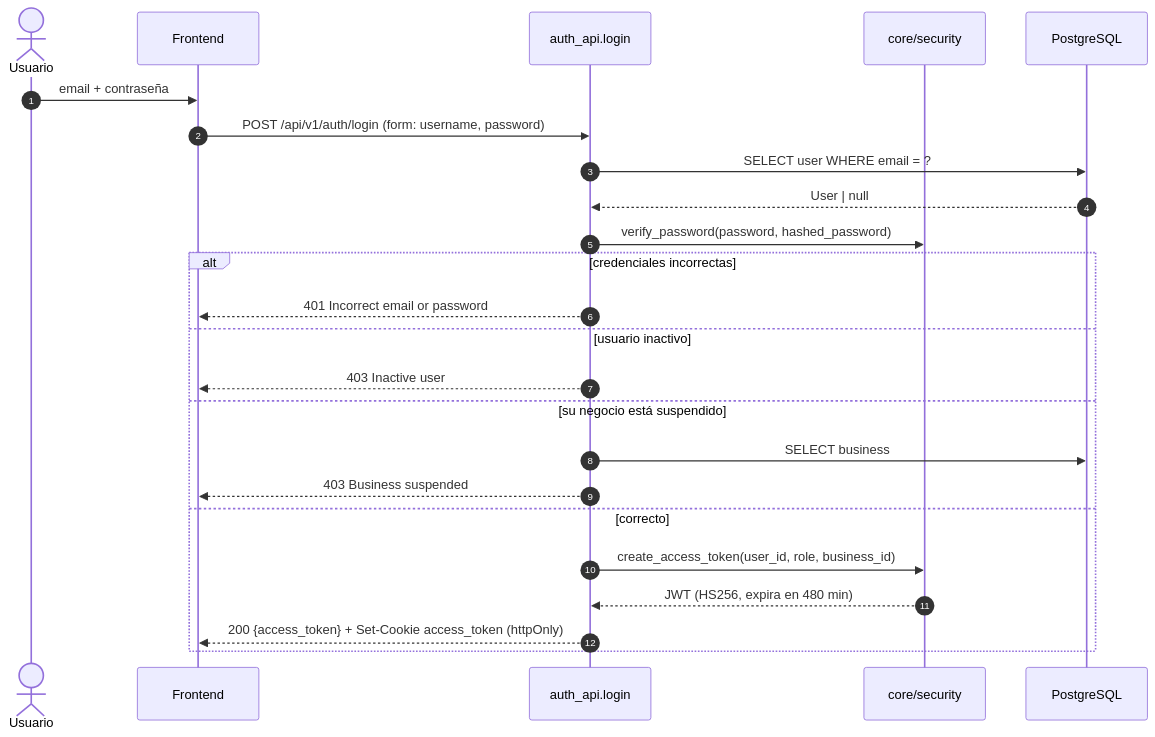
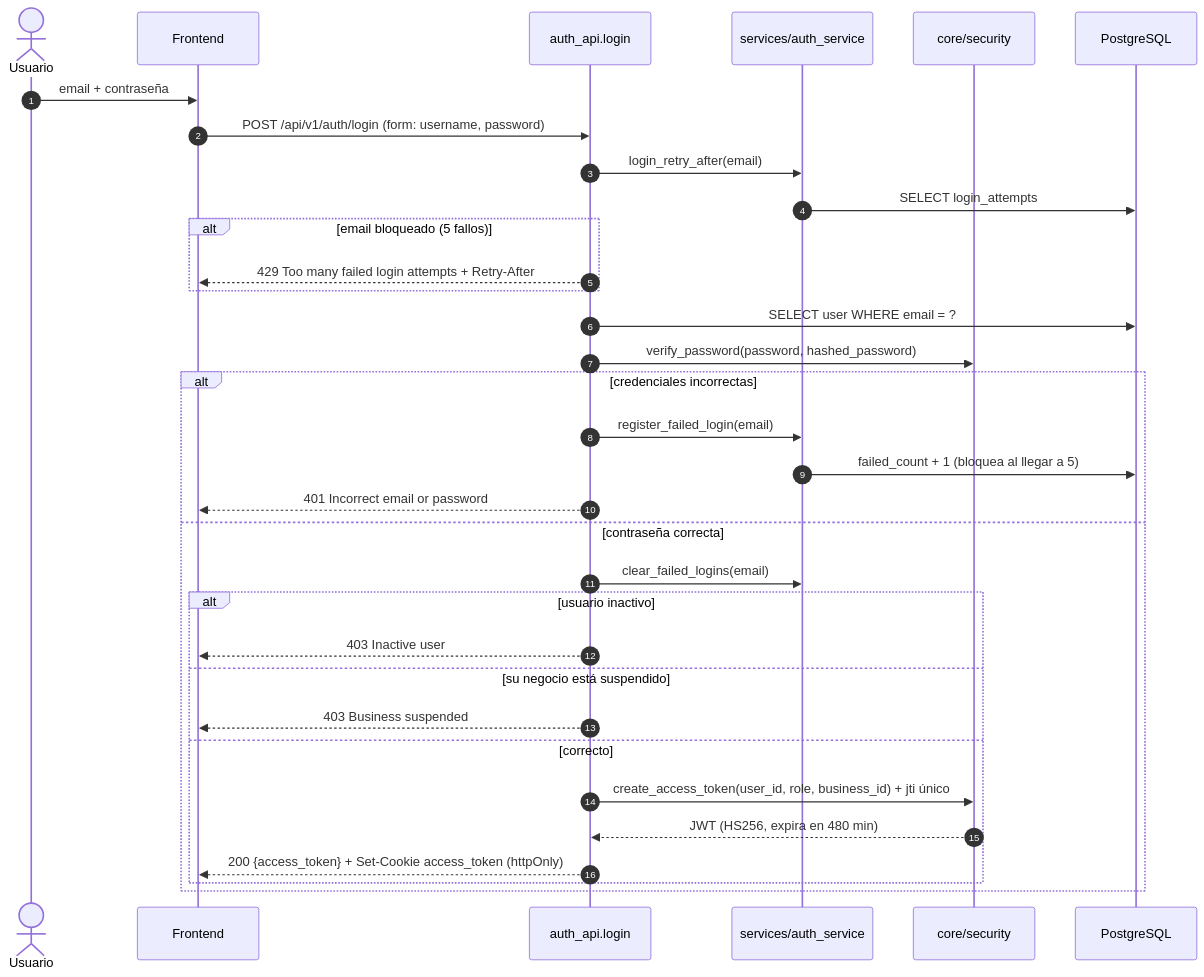
The seventh of 13 diagrams in docs/ARCHITECTURE.md (AGA-Studio/Member-Web), drawn with Mermaid before and after one commit. The commit also changed other lines of this file, not shown here.

Commit message:
docs: documentar logout y límite de login en la arquitectura

````diff
--- a/docs/ARCHITECTURE.md
+++ b/docs/ARCHITECTURE.md
@@ -168,27 +189,36 @@
 ```mermaid
 sequenceDiagram
     autonumber
     actor U as Usuario
     participant FE as Frontend
     participant API as auth_api.login
+    participant SVC as services/auth_service
     participant SEC as core/security
     participant DB as PostgreSQL
 
     U->>FE: email + contraseña
     FE->>API: POST /api/v1/auth/login (form: username, password)
+    API->>SVC: login_retry_after(email)
+    SVC->>DB: SELECT login_attempts
+    alt email bloqueado (5 fallos)
+        API-->>FE: 429 Too many failed login attempts + Retry-After
+    end
     API->>DB: SELECT user WHERE email = ?
-    DB-->>API: User | null
     API->>SEC: verify_password(password, hashed_password)
     alt credenciales incorrectas
+        API->>SVC: register_failed_login(email)
+        SVC->>DB: failed_count + 1 (bloquea al llegar a 5)
         API-->>FE: 401 Incorrect email or password
-    else usuario inactivo
-        API-->>FE: 403 Inactive user
-    else su negocio está suspendido
-        API->>DB: SELECT business
-        API-->>FE: 403 Business suspended
-    else correcto
-        API->>SEC: create_access_token(user_id, role, business_id)
-        SEC-->>API: JWT (HS256, expira en 480 min)
-        API-->>FE: 200 {access_token} + Set-Cookie access_token (httpOnly)
+    else contraseña correcta
+        API->>SVC: clear_failed_logins(email)
+        alt usuario inactivo
+            API-->>FE: 403 Inactive user
+        else su negocio está suspendido
+            API-->>FE: 403 Business suspended
+        else correcto
+            API->>SEC: create_access_token(user_id, role, business_id) + jti único
+            SEC-->>API: JWT (HS256, expira en 480 min)
+            API-->>FE: 200 {access_token} + Set-Cookie access_token (httpOnly)
+        end
     end
 ```
````
